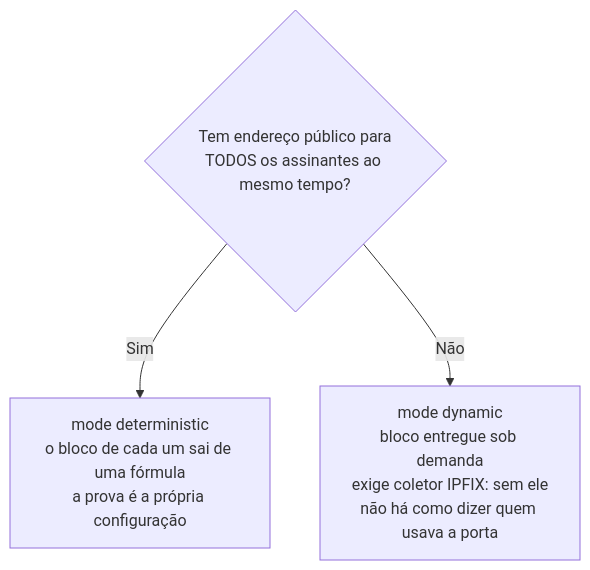
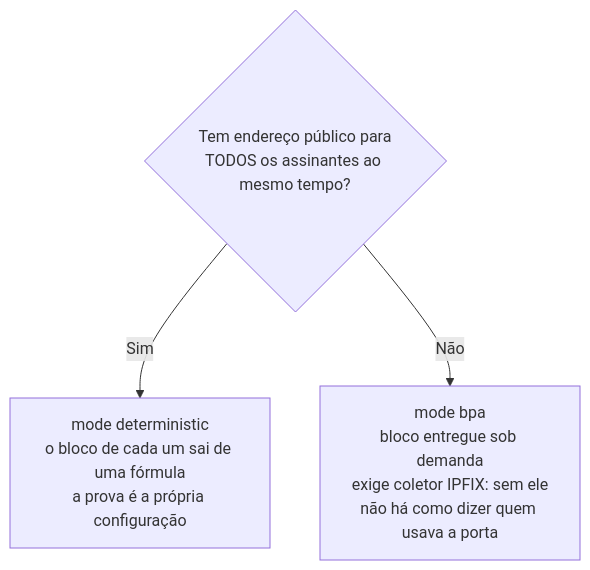
One commit to andrediashexa/prismarouting changed the second of 2 diagrams in wiki/comecar-aqui/configurar-o-cgnat-passo-a-passo.md. Above: the diagram before and after it, drawn with Mermaid. The commit also changed 35 other files, not shown here.

First line of the commit message:
WIP #572/#573: mode bpa (typed old form refused, saved one migrated and written back); docs, wiki, CHANGELOG Breaking, roadmap rows; labs to the new words; floors raised

````diff
--- a/wiki/comecar-aqui/configurar-o-cgnat-passo-a-passo.md
+++ b/wiki/comecar-aqui/configurar-o-cgnat-passo-a-passo.md
@@ -25,6 +25,6 @@
 ```mermaid
 flowchart TD
     Q{"Tem endereço público para<br/>TODOS os assinantes ao mesmo tempo?"}
     Q -->|Sim| DET["mode deterministic<br/>o bloco de cada um sai de uma fórmula<br/>a prova é a própria configuração"]
-    Q -->|Não| DIN["mode dynamic<br/>bloco entregue sob demanda<br/>exige coletor IPFIX: sem ele<br/>não há como dizer quem usava a porta"]
+    Q -->|Não| DIN["mode bpa<br/>bloco entregue sob demanda<br/>exige coletor IPFIX: sem ele<br/>não há como dizer quem usava a porta"]
 ```
````
